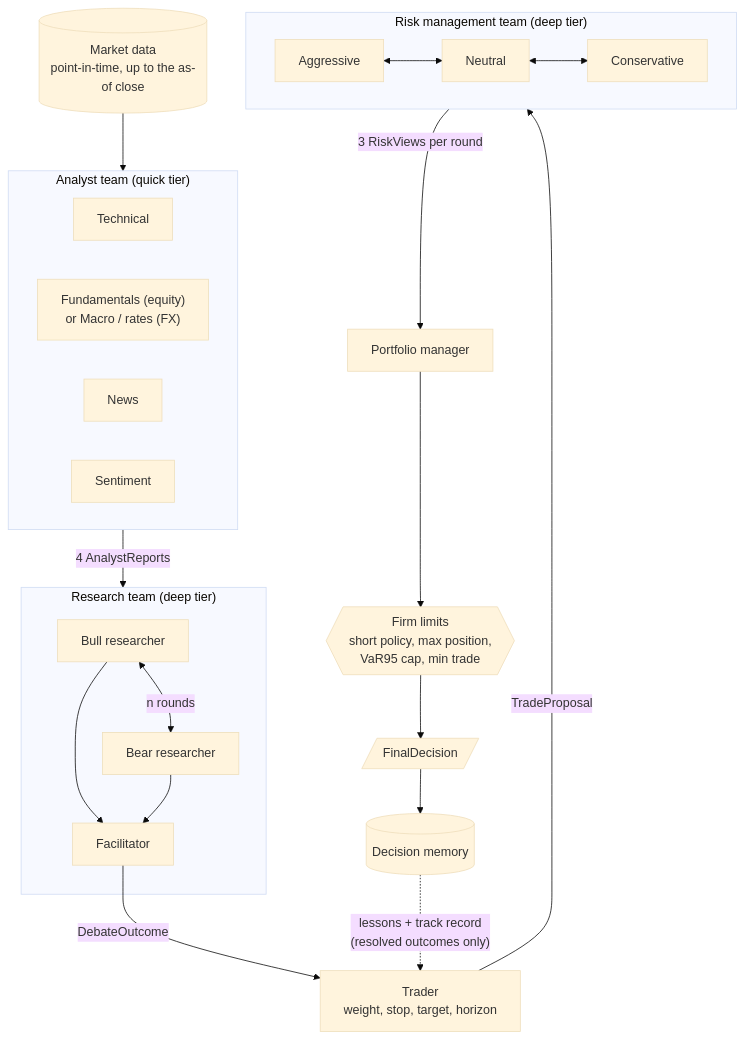
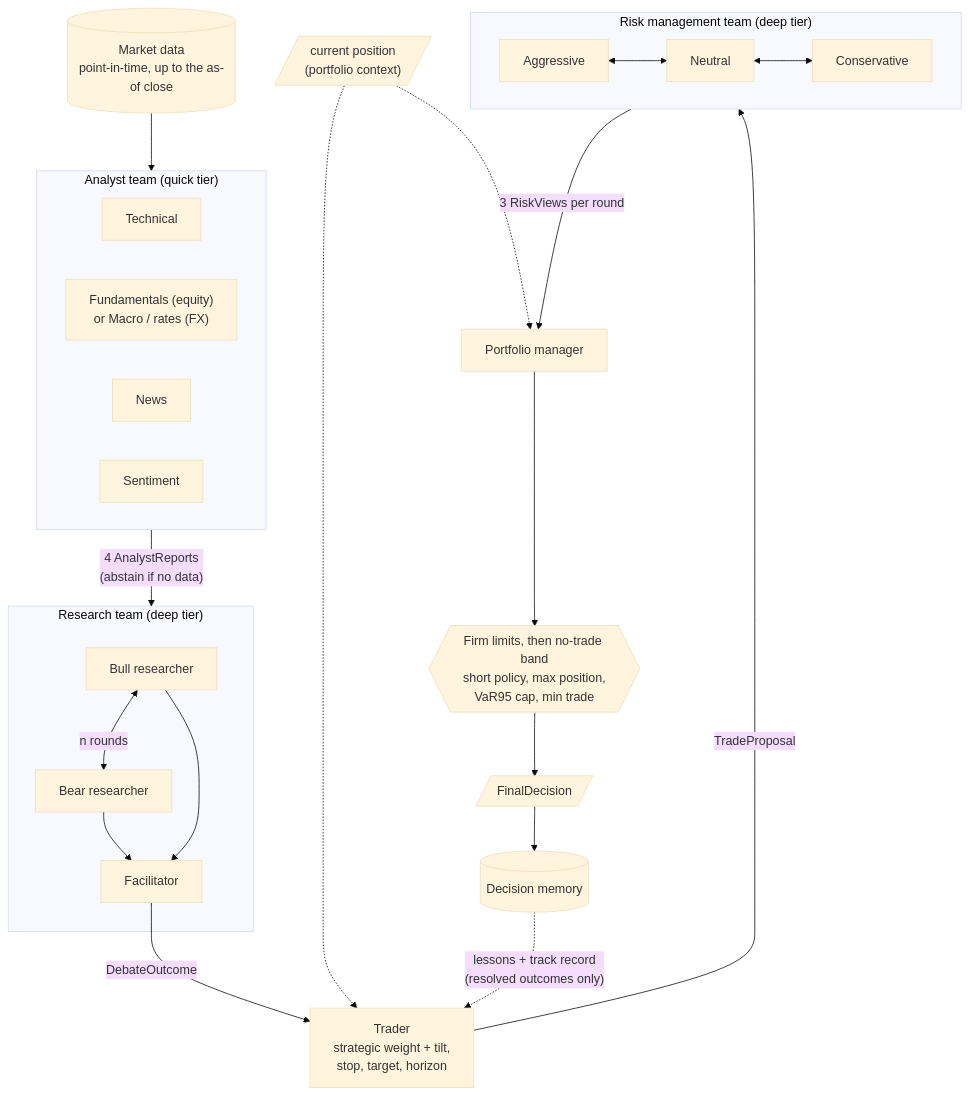
The first of 16 diagrams in docs/DIAGRAMS.md (AshJha0/agentic-trader), drawn with Mermaid (base theme) before and after one commit. The commit also changed other lines of this file and 48 other files, not shown here.

````diff
--- a/docs/DIAGRAMS.md
+++ b/docs/DIAGRAMS.md
@@ -19,26 +34,28 @@
 ```mermaid
 flowchart TD
     D[("Market data<br/>point-in-time, up to the as-of close")] --> A
+    P[/"current position<br/>(portfolio context)"/] -.-> TR
+    P -.-> PM
     subgraph A["Analyst team (quick tier)"]
         T[Technical]
         F["Fundamentals (equity)<br/>or Macro / rates (FX)"]
         N[News]
         S[Sentiment]
     end
-    A -->|4 AnalystReports| R
+    A -->|"4 AnalystReports<br/>(abstain if no data)"| R
     subgraph R["Research team (deep tier)"]
         B[Bull researcher] <-->|n rounds| BR[Bear researcher]
         B --> FA[Facilitator]
         BR --> FA
     end
-    FA -->|DebateOutcome| TR["Trader<br/>weight, stop, target, horizon"]
+    FA -->|DebateOutcome| TR["Trader<br/>strategic weight + tilt,<br/>stop, target, horizon"]
     TR -->|TradeProposal| K
     subgraph K["Risk management team (deep tier)"]
         AG[Aggressive] <--> NE[Neutral] <--> CO[Conservative]
     end
     K -->|3 RiskViews per round| PM[Portfolio manager]
-    PM --> G{{"Firm limits<br/>short policy, max position,<br/>VaR95 cap, min trade"}}
+    PM --> G{{"Firm limits, then no-trade band<br/>short policy, max position,<br/>VaR95 cap, min trade"}}
     G --> DEC[/FinalDecision/]
     DEC --> M[(Decision memory)]
     M -.->|"lessons + track record<br/>(resolved outcomes only)"| TR
 ```
````
